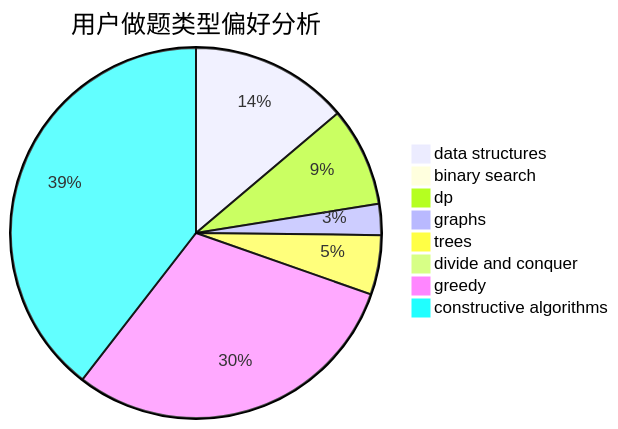
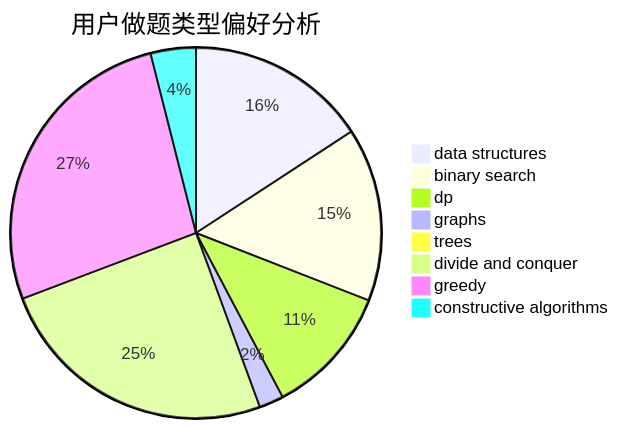
The second of 3 diagrams in docs/user/u959.md (sherpahu/cfrs.github.io), drawn with Mermaid before and after one commit. The commit also changed other lines of this file and 2770 other files, not shown here.

````diff
--- a/docs/user/u959.md
+++ b/docs/user/u959.md
@@ -23,11 +23,11 @@
 ```mermaid
 pie title 用户做题类型偏好分析
-    "data structures" :  56
-    "binary search" :  2
-    "dp" :  35
-    "graphs" :  11
-    "trees" :  21
-    "divide and conquer" :  0
-    "greedy" :  122
-    "constructive algorithms" :  160
+    "data structures" :  96
+    "binary search" :  92
+    "dp" :  69
+    "graphs" :  13
+    "trees" :  5
+    "divide and conquer" :  151
+    "greedy" :  163
+    "constructive algorithms" :  24
 ```
````
